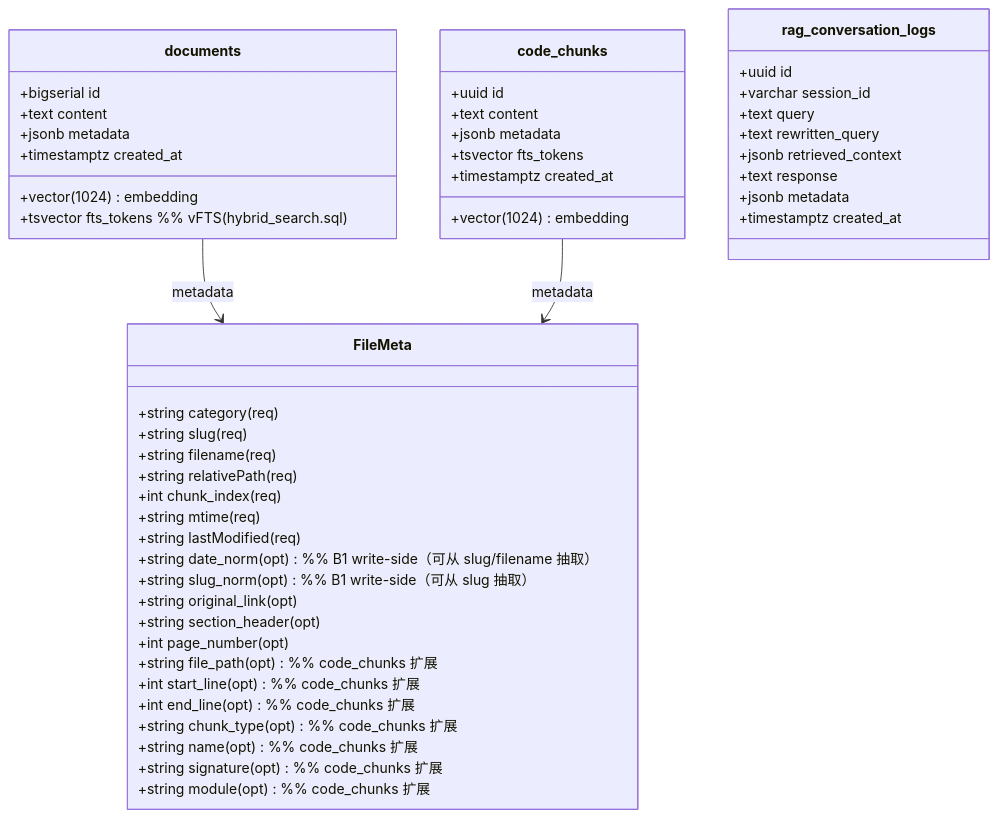
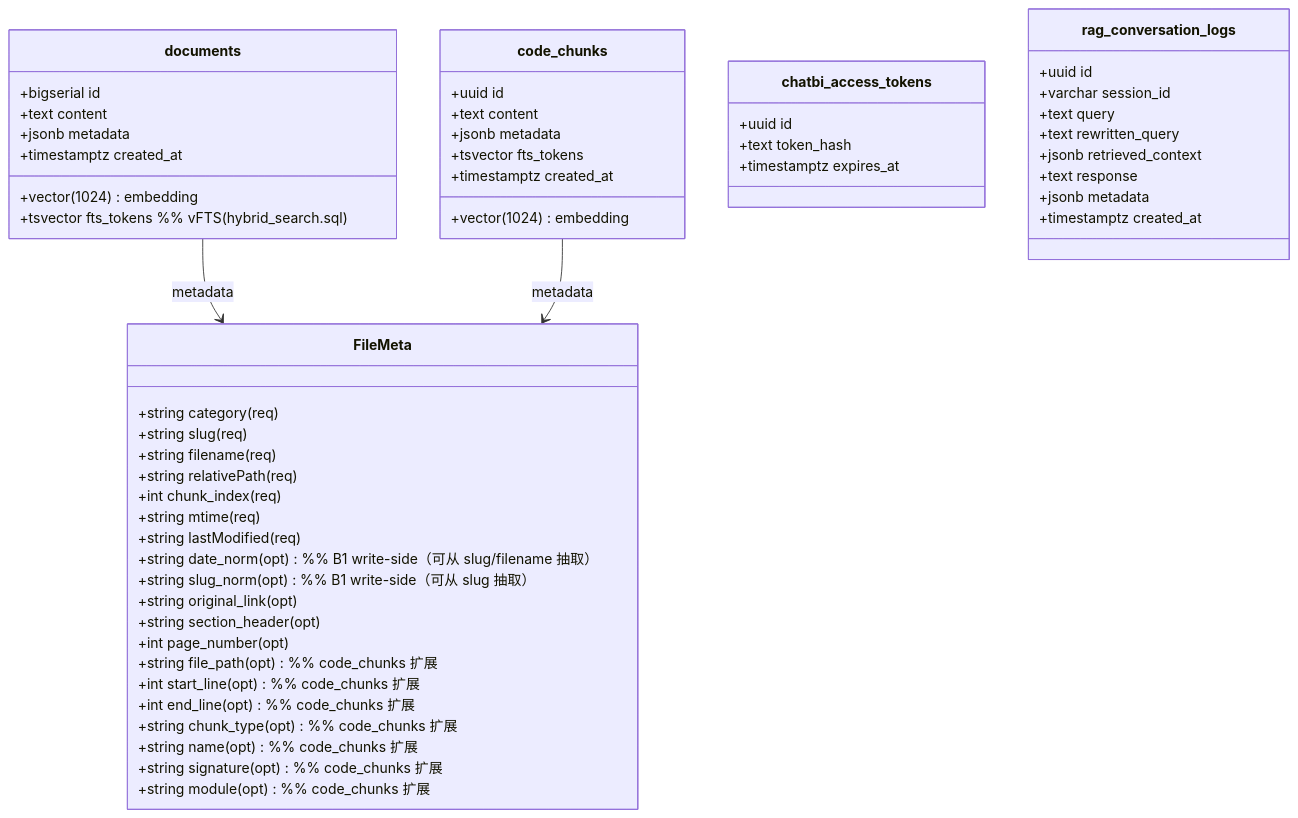
Before and after one commit to Cyning12/ai-ink-brain-api-python: the diagram in docs/_tech_graph/01_struct.md, drawn with Mermaid. The commit also changed 4 other files, not shown here.

First line of the commit message:
feat(tech-graph): 方案 A — 叙述层 drift_check 接入 CI 并还债

````diff
--- a/docs/_tech_graph/01_struct.md
+++ b/docs/_tech_graph/01_struct.md
@@ -1,58 +1,64 @@
 ```mermaid
 classDiagram
   %% DB Struct (from supabase/sql/*.sql + code usage)
 
   class documents {
     +bigserial id
     +text content
     +jsonb metadata
     +vector(1024) embedding
     +tsvector fts_tokens  %% vFTS (hybrid_search.sql)
     +timestamptz created_at
   }
 
   class code_chunks {
     +uuid id
     +text content
     +jsonb metadata
     +vector(1024) embedding
     +tsvector fts_tokens
     +timestamptz created_at
+  }
+
+  class chatbi_access_tokens {
+    +uuid id
+    +text token_hash
+    +timestamptz expires_at
   }
 
   class rag_conversation_logs {
     +uuid id
     +varchar session_id
     +text query
     +text rewritten_query
     +jsonb retrieved_context
     +text response
     +jsonb metadata
     +timestamptz created_at
   }
 
   class FileMeta {
     +string category (req)
     +string slug (req)
     +string filename (req)
     +string relativePath (req)
     +int chunk_index (req)
     +string mtime (req)
     +string lastModified (req)
     +string date_norm (opt) %% B1 write-side（可从 slug/filename 抽取）
     +string slug_norm (opt) %% B1 write-side（可从 slug 抽取）
     +string original_link (opt)
     +string section_header (opt)
     +int page_number (opt)
     +string file_path (opt) %% code_chunks 扩展
     +int start_line (opt) %% code_chunks 扩展
     +int end_line (opt) %% code_chunks 扩展
     +string chunk_type (opt) %% code_chunks 扩展
     +string name (opt) %% code_chunks 扩展
     +string signature (opt) %% code_chunks 扩展
     +string module (opt) %% code_chunks 扩展
   }
 
   documents --> FileMeta : metadata
   code_chunks --> FileMeta : metadata
 ```
````
